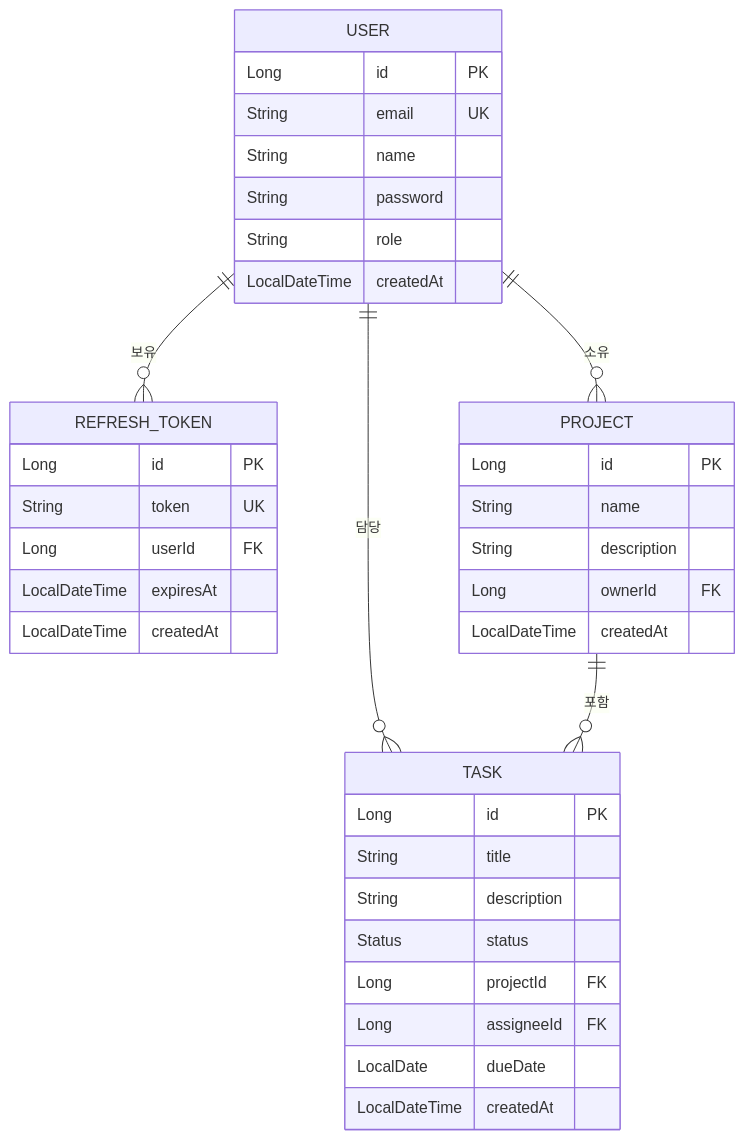
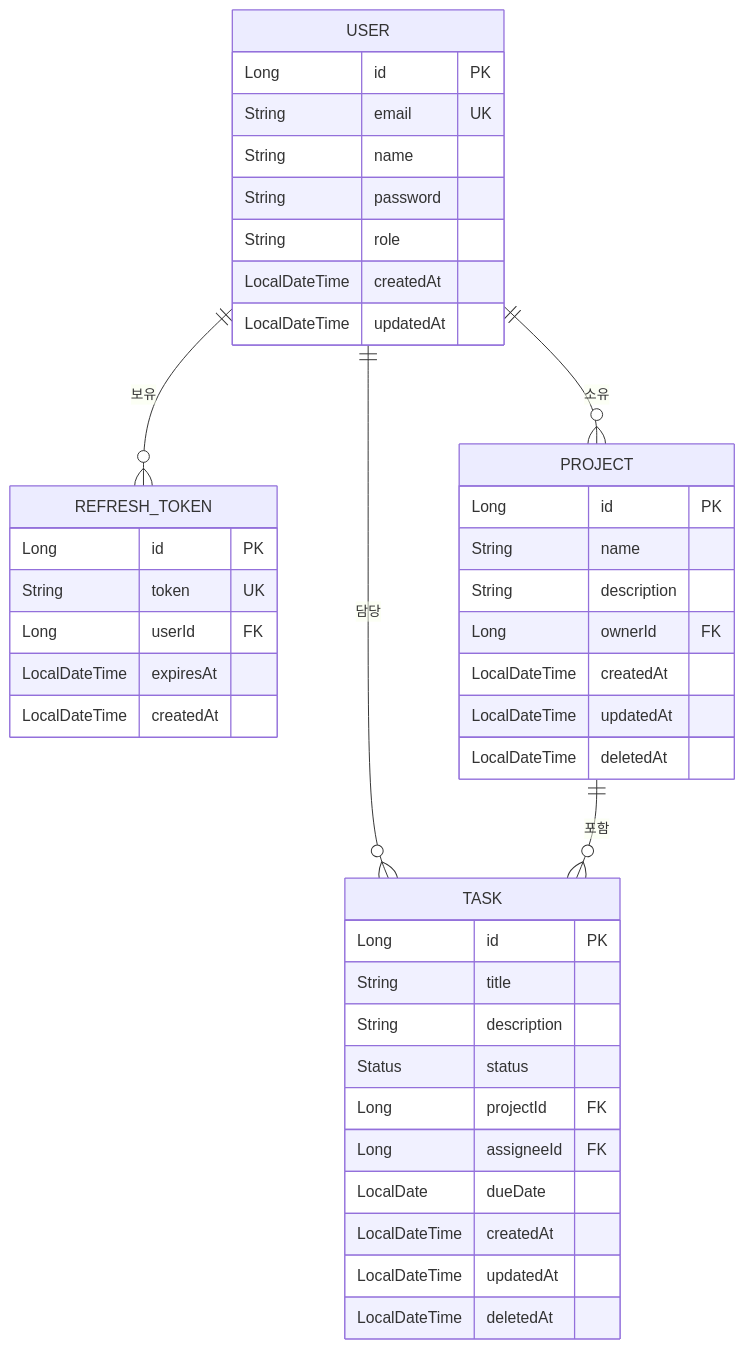
One commit to iee129/taskhive changed the first of 2 diagrams in docs/04-backend/domain-model.md. Above: the diagram before and after it, drawn with Mermaid. The commit also changed other lines of this file and 7 other files, not shown here.

````diff
--- a/docs/04-backend/domain-model.md
+++ b/docs/04-backend/domain-model.md
@@ -5,40 +5,45 @@
 ```mermaid
 erDiagram
     USER {
         Long id PK
         String email UK
         String name
         String password
         String role
         LocalDateTime createdAt
+        LocalDateTime updatedAt
     }
     REFRESH_TOKEN {
         Long id PK
         String token UK
         Long userId FK
         LocalDateTime expiresAt
         LocalDateTime createdAt
     }
     PROJECT {
         Long id PK
         String name
         String description
         Long ownerId FK
         LocalDateTime createdAt
+        LocalDateTime updatedAt
+        LocalDateTime deletedAt
     }
     TASK {
         Long id PK
         String title
         String description
         Status status
         Long projectId FK
         Long assigneeId FK
         LocalDate dueDate
         LocalDateTime createdAt
+        LocalDateTime updatedAt
+        LocalDateTime deletedAt
     }
 
     USER ||--o{ REFRESH_TOKEN : "보유"
     USER ||--o{ PROJECT : "소유"
     USER ||--o{ TASK : "담당"
     PROJECT ||--o{ TASK : "포함"
 ```
````
